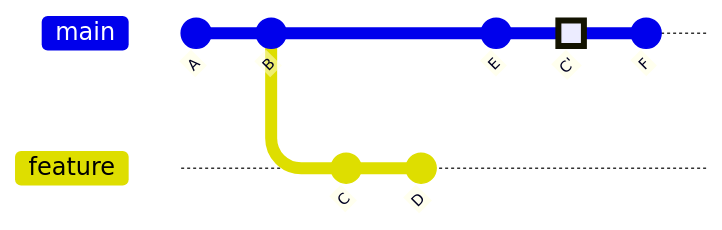
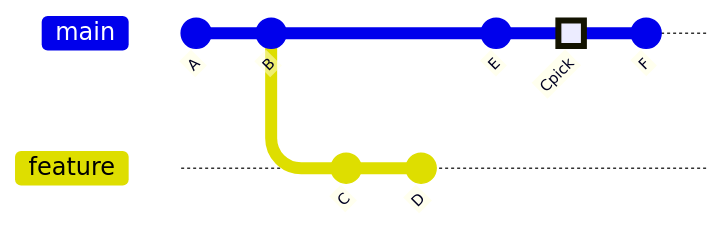
Before and after one commit to formationrossignol/tp-cicd: diagram 14 of 50 in plus-de-git.md, drawn with Mermaid. The commit also changed other lines of this file, not shown here.

````diff
--- a/plus-de-git.md
+++ b/plus-de-git.md
@@ -146,13 +160,13 @@
 ```mermaid
 gitGraph
     commit id: "A"
     commit id: "B"
     branch feature
     checkout feature
     commit id: "C"
     commit id: "D"
     checkout main
     commit id: "E"
-    commit id: "C'" type: HIGHLIGHT
+    commit id: "Cpick" type: HIGHLIGHT
     commit id: "F"
 ```
````
